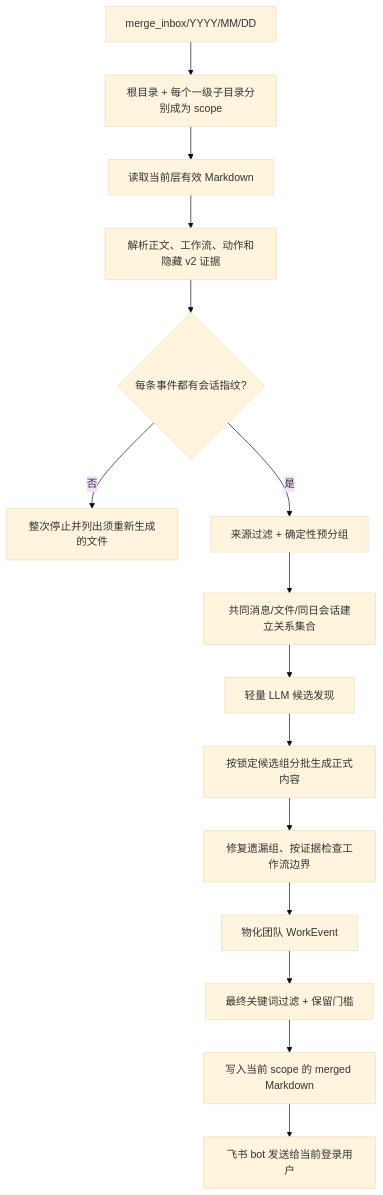
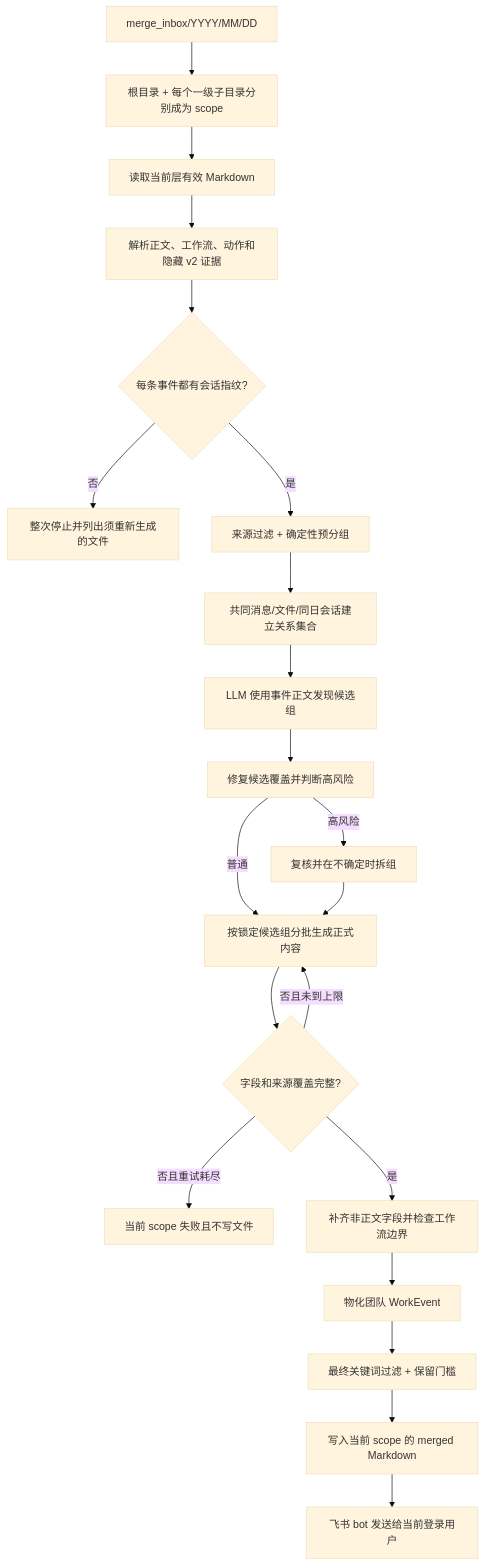
One commit to sunweisheng/WorkTrace changed the third of 3 diagrams in README.md. Above: the diagram before and after it, drawn with Mermaid (base theme). The commit also changed other lines of this file and 25 other files, not shown here.

````diff
--- a/README.md
+++ b/README.md
@@ -177,17 +177,23 @@
 ```mermaid
 flowchart TD
     A["merge_inbox/YYYY/MM/DD"] --> B["根目录 + 每个一级子目录分别成为 scope"]
     B --> C["读取当前层有效 Markdown"]
     C --> D["解析正文、工作流、动作和隐藏 v2 证据"]
     D --> E{"每条事件都有会话指纹?"}
     E -->|"否"| X["整次停止并列出须重新生成的文件"]
     E -->|"是"| F["来源过滤 + 确定性预分组"]
     F --> G["共同消息/文件/同日会话建立关系集合"]
-    G --> H["轻量 LLM 候选发现"]
-    H --> I["按锁定候选组分批生成正式内容"]
-    I --> K["修复遗漏组、按证据检查工作流边界"]
+    G --> H["LLM 使用事件正文发现候选组"]
+    H --> R["修复候选覆盖并判断高风险"]
+    R -->|"高风险"| V["复核并在不确定时拆组"]
+    R -->|"普通"| I["按锁定候选组分批生成正式内容"]
+    V --> I
+    I --> J{"字段和来源覆盖完整?"}
+    J -->|"否且未到上限"| I
+    J -->|"否且重试耗尽"| Y["当前 scope 失败且不写文件"]
+    J -->|"是"| K["补齐非正文字段并检查工作流边界"]
     K --> L["物化团队 WorkEvent"]
     L --> M["最终关键词过滤 + 保留门槛"]
     M --> N["写入当前 scope 的 merged Markdown"]
     N --> O["飞书 bot 发送给当前登录用户"]
 ```
````
